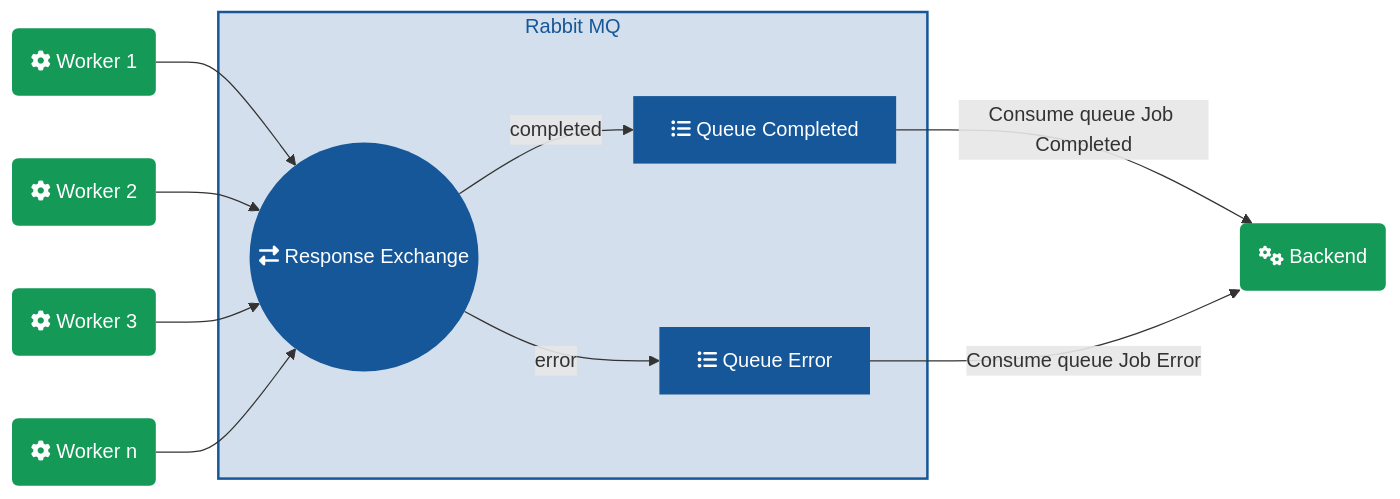
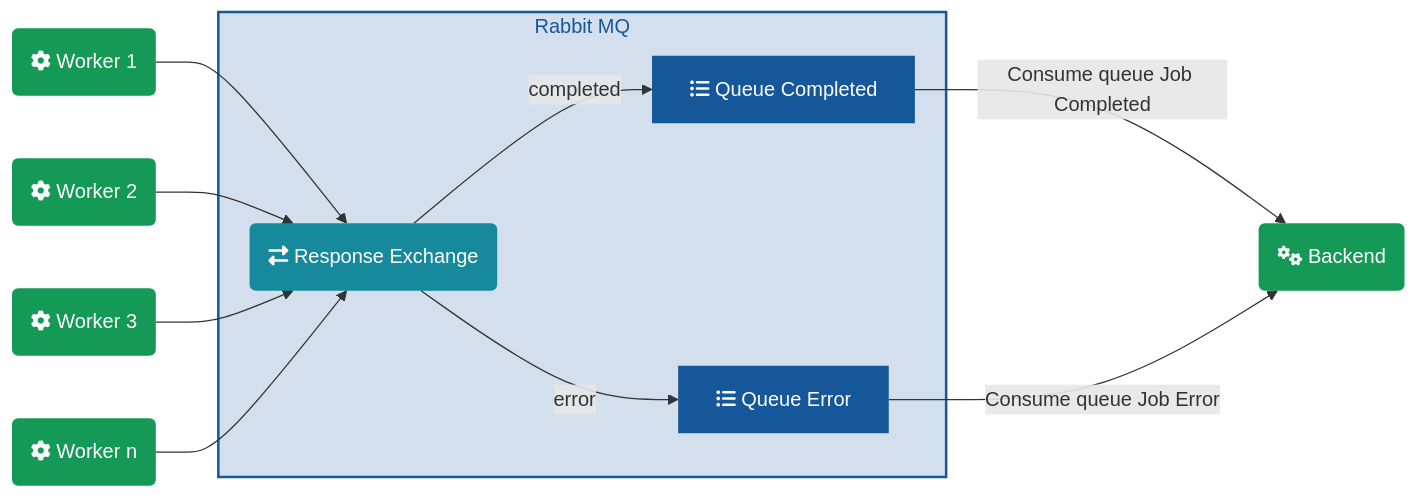
One commit to media-cloud-ai/media-cloud-ai.github.com changed the third of 3 diagrams in step_flow.md. Above: the diagram before and after it, drawn with Mermaid. The commit also changed other lines of this file, not shown here.

Commit message:
update schema style

```diff
--- a/step_flow.md
+++ b/step_flow.md
@@ -74,36 +75,36 @@
 <div class="mermaid">
 graph LR
 
-w1(fa:fa-cog Worker 1) --> exchange((fa:fa-exchange-alt Response Exchange))
+w1(fa:fa-cog Worker 1) --> exchange(fa:fa-exchange-alt Response Exchange)
 w2(fa:fa-cog Worker 2) --> exchange
 w3(fa:fa-cog Worker 3) --> exchange
 wn(fa:fa-cog Worker n) --> exchange
 
 subgraph rmq[Rabbit MQ]
   exchange --> |completed| q_completed[fa:fa-list-ul Queue Completed]
   exchange --> |error| q_error[fa:fa-list-ul  Queue Error]
 end
 
 q_completed --> |Consume queue Job Completed|backend2(fa:fa-cogs Backend)
 q_error --> |Consume queue Job Error|backend2
 
 classDef blue fill:#155799,stroke: none,color: #fff;
+classDef cyan fill:#168a9c,stroke: none,color: #fff;
 classDef green fill:#159957,stroke: none,color: #fff;
 
 class backend green
 class backend2 green
 class backend3 green
 class w1 green
 class w2 green
 class w3 green
 class wn green
 class q_worker_1 blue
 class q_worker_2 blue
 class q_worker_n blue
 class q_completed blue
 class q_error blue
-class exchange blue
-class exchange blue
+class exchange cyan
 
 style rmq fill:#15579930,stroke:#155799,stroke-width:2px,color:#155799
 </div>
```
